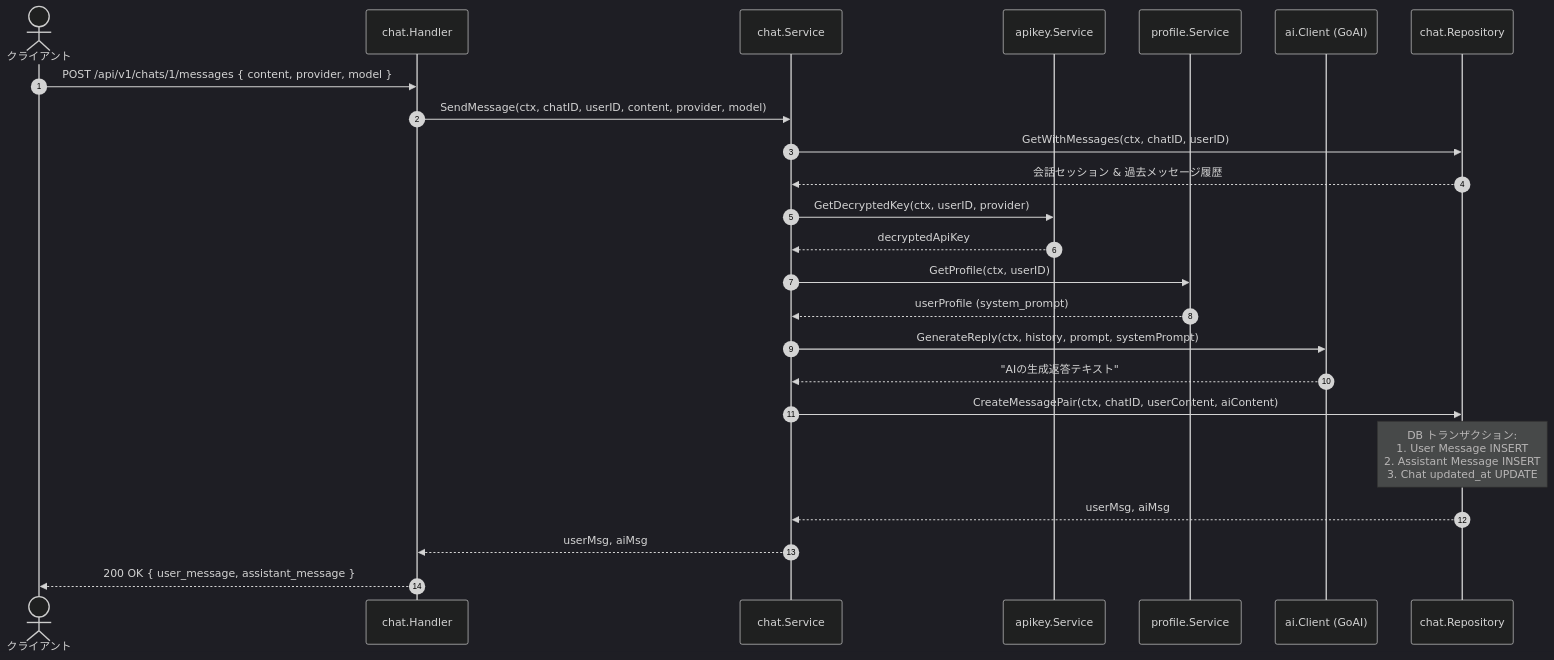
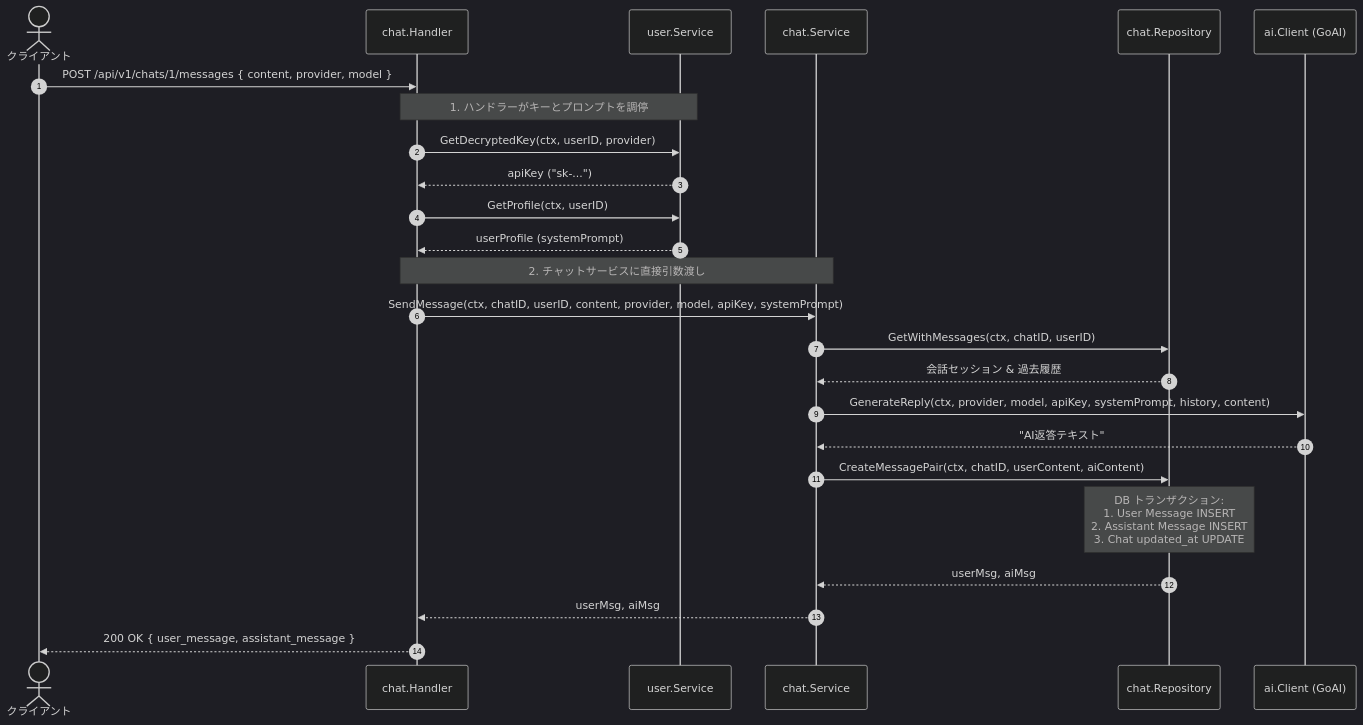
One commit to NAoMi-1242/study-gin-clerk changed the fifth of 7 diagrams in ARCHITECTURE.md. Above: the diagram before and after it, drawn with Mermaid (dark theme). The commit also changed other lines of this file and 32 other files, not shown here.

First line of the commit message:
refactor: remove profile package and integrate user management

````diff
--- a/ARCHITECTURE.md
+++ b/ARCHITECTURE.md
@@ -502,33 +462,34 @@
 ```mermaid
 sequenceDiagram
     autonumber
     actor Client as クライアント
     participant Handler as chat.Handler
-    participant Service as chat.Service
-    participant KeyService as apikey.Service
-    participant ProfileService as profile.Service
+    participant UserService as user.Service
+    participant ChatService as chat.Service
+    participant Repo as chat.Repository
     participant AIClient as ai.Client (GoAI)
-    participant Repo as chat.Repository
 
     Client->>Handler: POST /api/v1/chats/1/messages { content, provider, model }
-    Handler->>Service: SendMessage(ctx, chatID, userID, content, provider, model)
 
-    Service->>Repo: GetWithMessages(ctx, chatID, userID)
-    Repo-->>Service: 会話セッション & 過去メッセージ履歴
+    Note over Handler,UserService: 1. ハンドラーがキーとプロンプトを調停
+    Handler->>UserService: GetDecryptedKey(ctx, userID, provider)
+    UserService-->>Handler: apiKey ("sk-...")
+    Handler->>UserService: GetProfile(ctx, userID)
+    UserService-->>Handler: userProfile (systemPrompt)
 
-    Service->>KeyService: GetDecryptedKey(ctx, userID, provider)
-    KeyService-->>Service: decryptedApiKey
+    Note over Handler,ChatService: 2. チャットサービスに直接引数渡し
+    Handler->>ChatService: SendMessage(ctx, chatID, userID, content, provider, model, apiKey, systemPrompt)
 
-    Service->>ProfileService: GetProfile(ctx, userID)
-    ProfileService-->>Service: userProfile (system_prompt)
+    ChatService->>Repo: GetWithMessages(ctx, chatID, userID)
+    Repo-->>ChatService: 会話セッション & 過去履歴
 
-    Service->>AIClient: GenerateReply(ctx, history, prompt, systemPrompt)
-    AIClient-->>Service: "AIの生成返答テキスト"
+    ChatService->>AIClient: GenerateReply(ctx, provider, model, apiKey, systemPrompt, history, content)
+    AIClient-->>ChatService: "AI返答テキスト"
 
-    Service->>Repo: CreateMessagePair(ctx, chatID, userContent, aiContent)
+    ChatService->>Repo: CreateMessagePair(ctx, chatID, userContent, aiContent)
     Note over Repo: DB トランザクション:<br>1. User Message INSERT<br>2. Assistant Message INSERT<br>3. Chat updated_at UPDATE
-    Repo-->>Service: userMsg, aiMsg
+    Repo-->>ChatService: userMsg, aiMsg
 
-    Service-->>Handler: userMsg, aiMsg
+    ChatService-->>Handler: userMsg, aiMsg
     Handler-->>Client: 200 OK { user_message, assistant_message }
 ```
````
